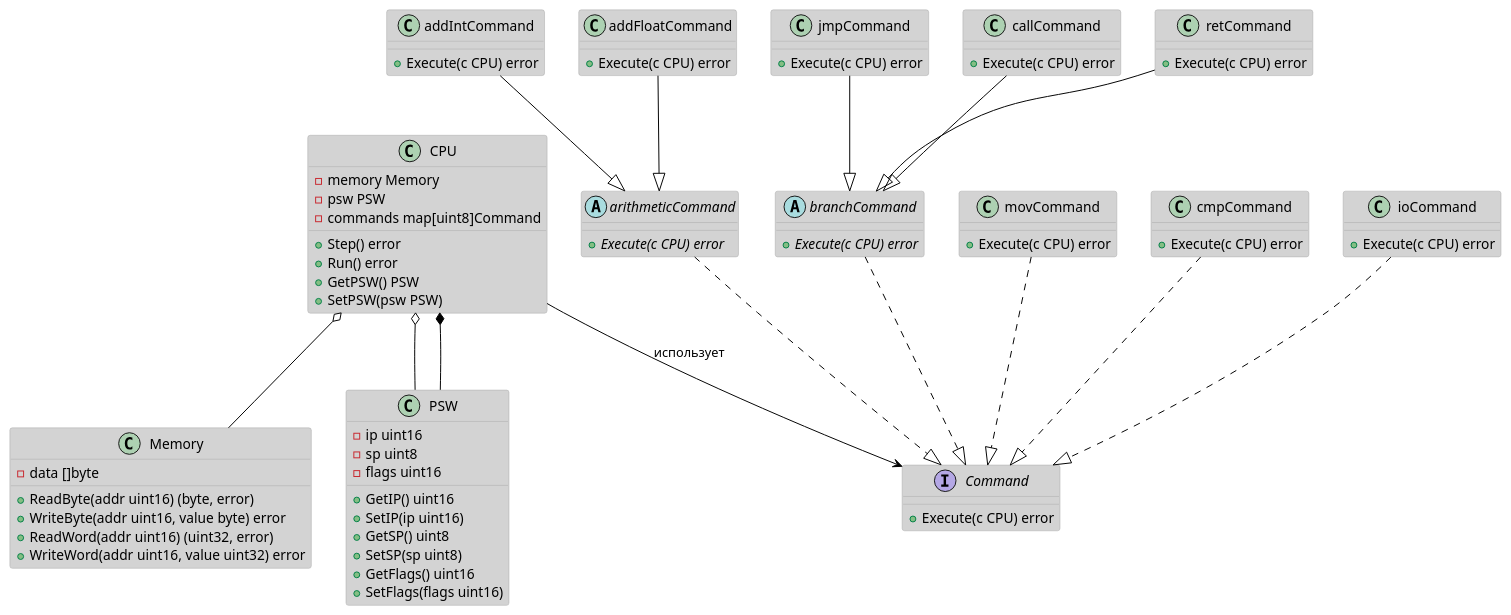
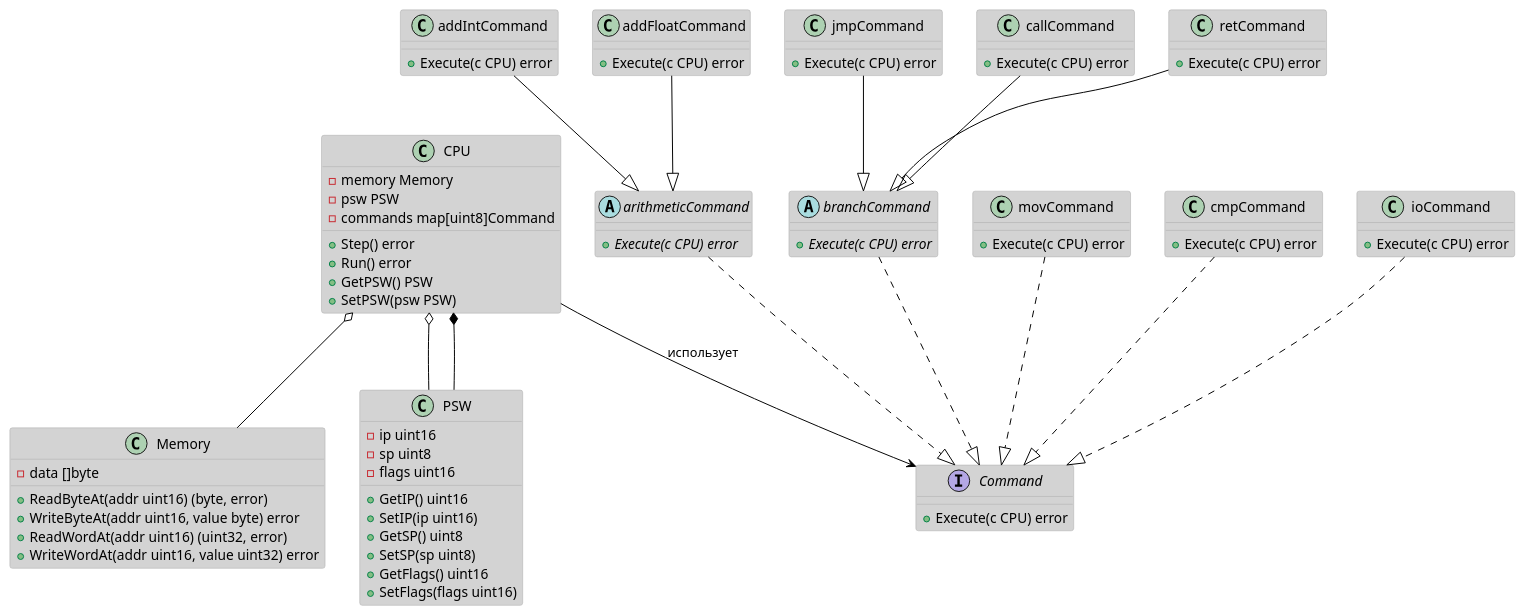
Before and after one commit to Be4Die/go-evm: the diagram in docs/vm-diagram.plantuml, drawn with PlantUML. The commit also changed 10 other files, not shown here.

```diff
--- a/docs/vm-diagram.plantuml
+++ b/docs/vm-diagram.plantuml
@@ -1,106 +1,106 @@
 @startuml Диаграмма классов пакета виртуальной машины
 
 ' Настройки отображения
 skinparam class {
     BackgroundColor LightGray
     ArrowColor Black
     BorderColor DarkGray
 }
 
 ' Интерфейсы (публичные)
 interface Command {
     +Execute(c CPU) error
 }
 
 ' Структуры (публичные)
 class CPU {
     -memory Memory
     -psw PSW
     -commands map[uint8]Command
     +Step() error
     +Run() error
     +GetPSW() PSW
     +SetPSW(psw PSW)
 }
 
 class Memory {
     -data []byte
-    +ReadByte(addr uint16) (byte, error)
-    +WriteByte(addr uint16, value byte) error
-    +ReadWord(addr uint16) (uint32, error)
-    +WriteWord(addr uint16, value uint32) error
+    +ReadByteAt(addr uint16) (byte, error)
+    +WriteByteAt(addr uint16, value byte) error
+    +ReadWordAt(addr uint16) (uint32, error)
+    +WriteWordAt(addr uint16, value uint32) error
 }
 
 class PSW {
     -ip uint16
     -sp uint8
     -flags uint16
     +GetIP() uint16
     +SetIP(ip uint16)
     +GetSP() uint8
     +SetSP(sp uint8)
     +GetFlags() uint16
     +SetFlags(flags uint16)
 }
 
 ' Абстрактные команды (приватные)
 abstract class arithmeticCommand {
     {abstract} +Execute(c CPU) error
 }
 
 abstract class branchCommand {
     {abstract} +Execute(c CPU) error
 }
 
 ' Конкретные команды (приватные)
 class movCommand {
     +Execute(c CPU) error
 }
 
 class addIntCommand {
     +Execute(c CPU) error
 }
 
 class addFloatCommand {
     +Execute(c CPU) error
 }
 
 class jmpCommand {
     +Execute(c CPU) error
 }
 
 class callCommand {
     +Execute(c CPU) error
 }
 
 class retCommand {
     +Execute(c CPU) error
 }
 
 class cmpCommand {
     +Execute(c CPU) error
 }
 
 class ioCommand {
     +Execute(c CPU) error
 }
 
 ' Отношения
 CPU o-- Memory
 CPU o-- PSW
 CPU --> Command : использует
 
 PSW --* CPU
 
 movCommand ..|> Command
 addIntCommand --|> arithmeticCommand
 addFloatCommand --|> arithmeticCommand
 arithmeticCommand ..|> Command
 jmpCommand --|> branchCommand
 branchCommand ..|> Command
 callCommand --|> branchCommand
 retCommand --|> branchCommand
 cmpCommand ..|> Command
 ioCommand ..|> Command
 
 @enduml
```
